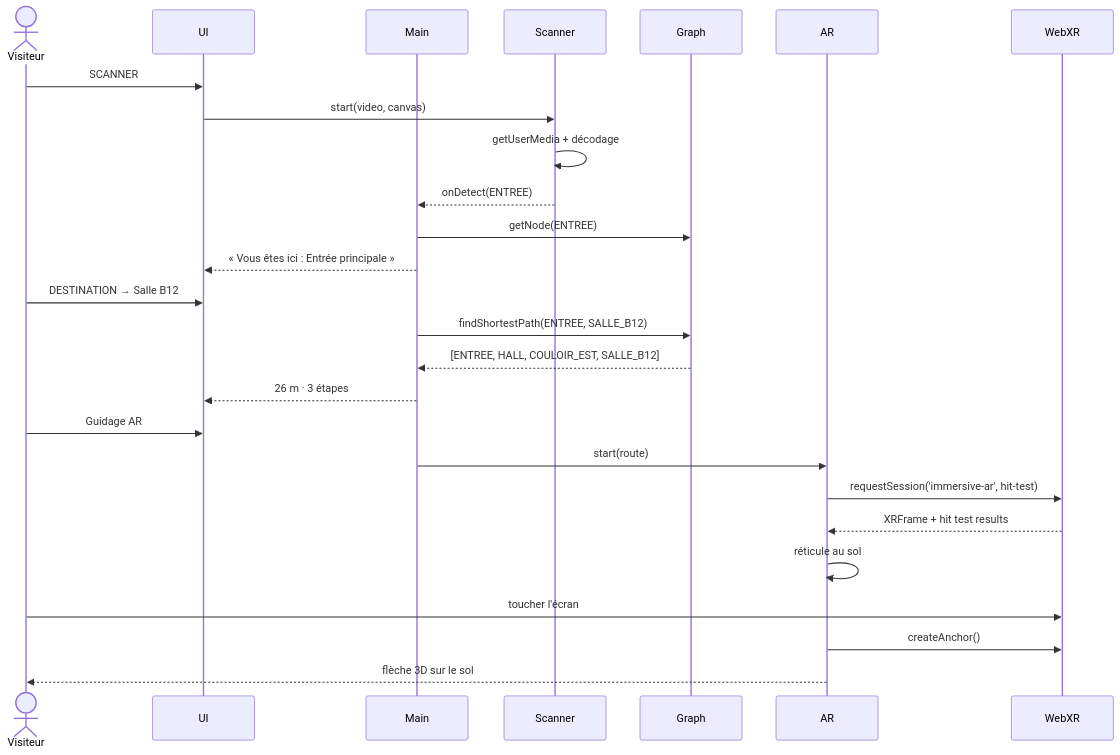
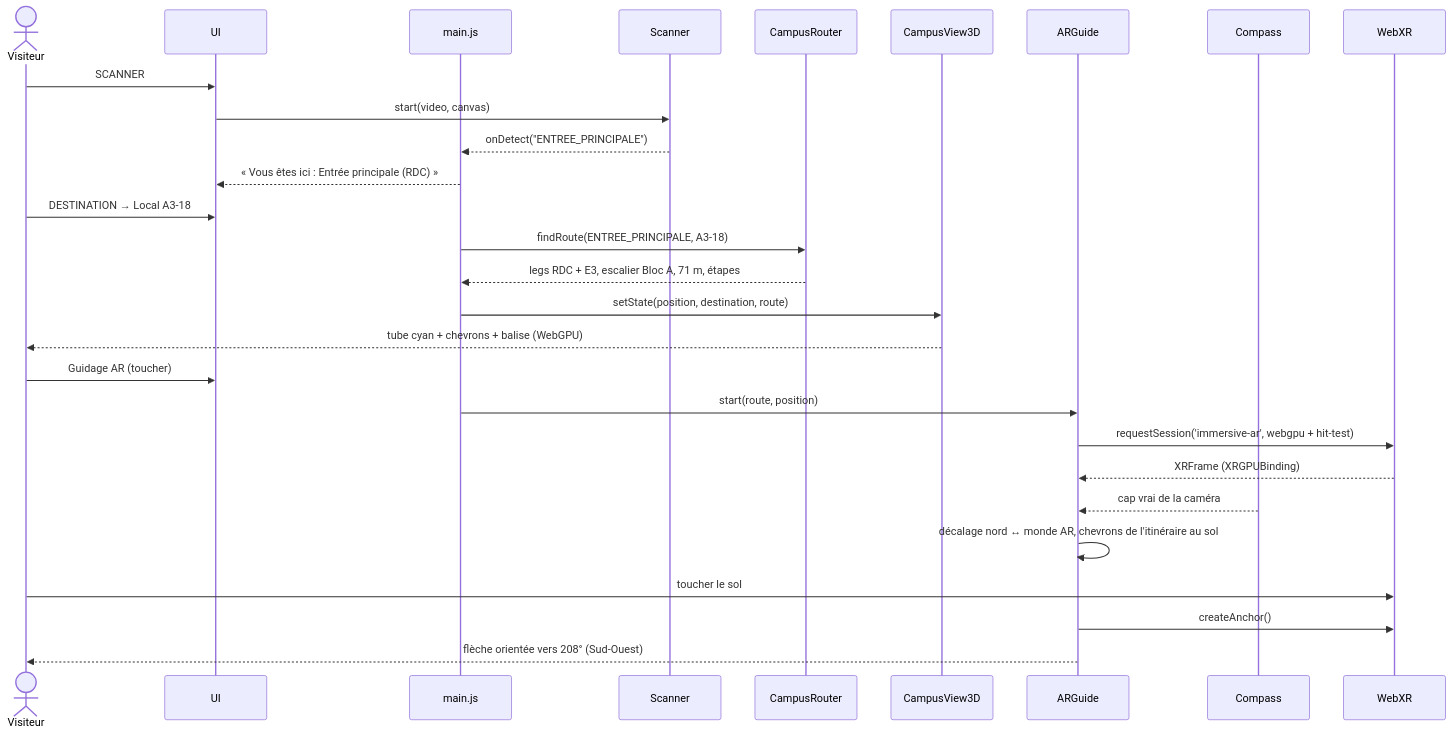
The third of 5 diagrams in docs/design-notebook.md (yessinomhiri-cpu/indoor-wayfinder), drawn with Mermaid before and after one commit. The commit also changed other lines of this file and 59 other files, not shown here.

First line of the commit message:
feat: real SUP'COM campus in WebGPU, multi-floor routes, compass, GPS (v3.0.0)

````diff
--- a/docs/design-notebook.md
+++ b/docs/design-notebook.md
@@ -70,29 +93,31 @@
 ```mermaid
 sequenceDiagram
     actor Visiteur
     participant UI
-    participant Main
+    participant Main as main.js
     participant Scanner
-    participant Graph
-    participant AR
+    participant Router as CampusRouter
+    participant View as CampusView3D
+    participant AR as ARGuide
+    participant Compass
     participant WebXR
 
     Visiteur->>UI: SCANNER
     UI->>Scanner: start(video, canvas)
-    Scanner->>Scanner: getUserMedia + décodage
-    Scanner-->>Main: onDetect(ENTREE)
-    Main->>Graph: getNode(ENTREE)
-    Main-->>UI: « Vous êtes ici : Entrée principale »
-    Visiteur->>UI: DESTINATION → Salle B12
-    Main->>Graph: findShortestPath(ENTREE, SALLE_B12)
-    Graph-->>Main: [ENTREE, HALL, COULOIR_EST, SALLE_B12]
-    Main-->>UI: 26 m · 3 étapes
-    Visiteur->>UI: Guidage AR
-    Main->>AR: start(route)
-    AR->>WebXR: requestSession('immersive-ar', hit-test)
-    WebXR-->>AR: XRFrame + hit test results
-    AR->>AR: réticule au sol
-    Visiteur->>WebXR: toucher l'écran
+    Scanner-->>Main: onDetect("ENTREE_PRINCIPALE")
+    Main-->>UI: « Vous êtes ici : Entrée principale (RDC) »
+    Visiteur->>UI: DESTINATION → Local A3-18
+    Main->>Router: findRoute(ENTREE_PRINCIPALE, A3-18)
+    Router-->>Main: legs RDC + E3, escalier Bloc A, 71 m, étapes
+    Main->>View: setState(position, destination, route)
+    View-->>Visiteur: tube cyan + chevrons + balise (WebGPU)
+    Visiteur->>UI: Guidage AR (toucher)
+    Main->>AR: start(route, position)
+    AR->>WebXR: requestSession('immersive-ar', webgpu + hit-test)
+    WebXR-->>AR: XRFrame (XRGPUBinding)
+    Compass-->>AR: cap vrai de la caméra
+    AR->>AR: décalage nord ↔ monde AR, chevrons de l'itinéraire au sol
+    Visiteur->>WebXR: toucher le sol
     AR->>WebXR: createAnchor()
-    AR-->>Visiteur: flèche 3D sur le sol
+    AR-->>Visiteur: flèche orientée vers 208° (Sud-Ouest)
 ```
````
